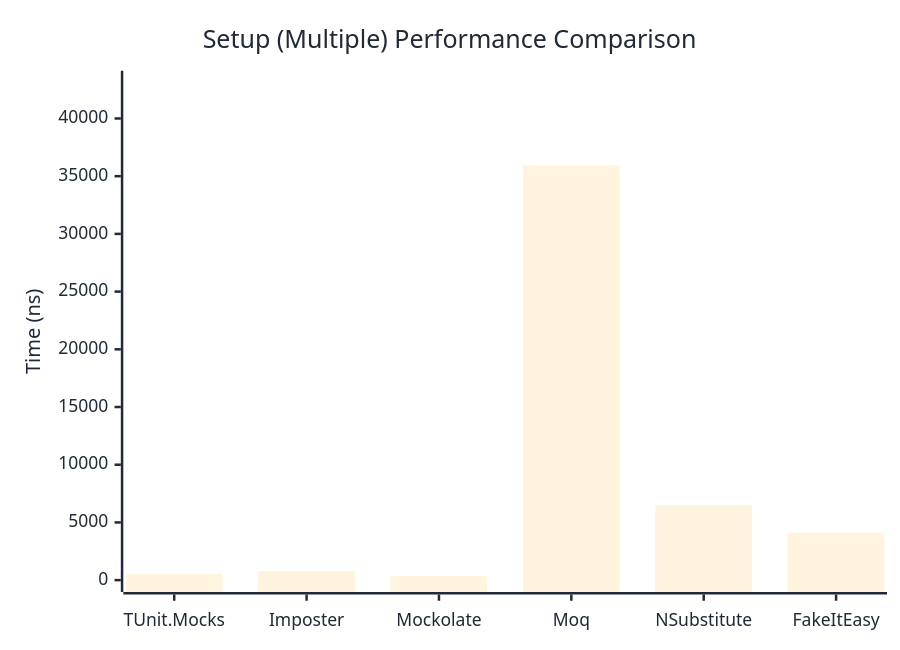
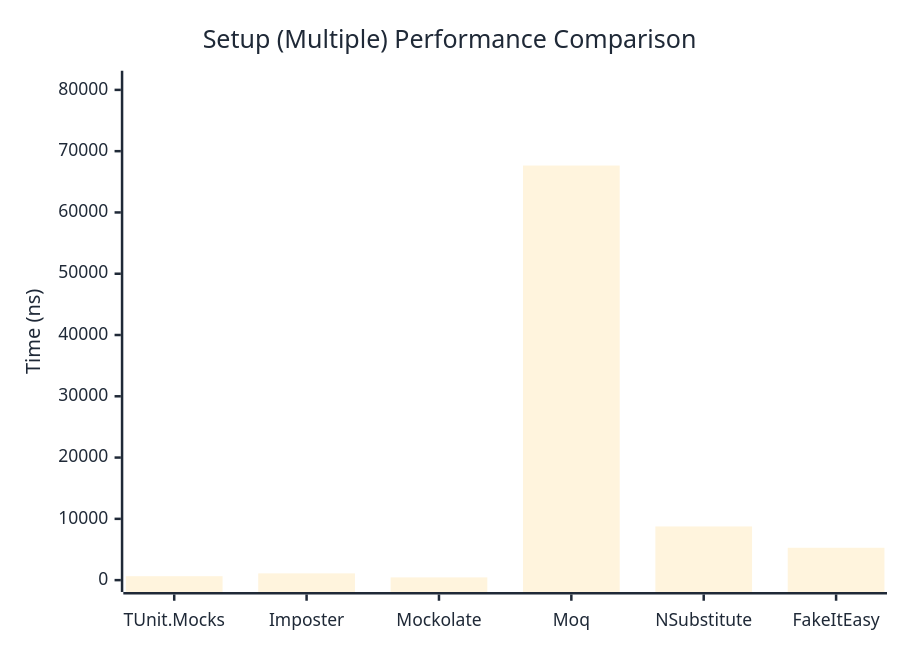
Before and after one commit to thomhurst/TUnit: the second of 2 diagrams in docs/docs/benchmarks/mocks/Setup.md, drawn with Mermaid. The commit also changed other lines of this file and 14 other files, not shown here.

````diff
--- a/docs/docs/benchmarks/mocks/Setup.md
+++ b/docs/docs/benchmarks/mocks/Setup.md
@@ -71,27 +71,27 @@
 ```mermaid
 %%{init: {
   'theme':'base',
   'themeVariables': {
     'primaryColor': '#2563eb',
     'primaryTextColor': '#1f2937',
     'primaryBorderColor': '#1e40af',
     'lineColor': '#6b7280',
     'secondaryColor': '#7c3aed',
     'tertiaryColor': '#dc2626',
     'background': '#ffffff',
     'pie1': '#2563eb',
     'pie2': '#7c3aed',
     'pie3': '#dc2626',
     'pie4': '#f59e0b',
     'pie5': '#10b981',
     'pie6': '#06b6d4',
     'pie7': '#ec4899',
     'pie8': '#6366f1'
   }
 }}%%
 xychart-beta
   title "Setup (Multiple) Performance Comparison"
   x-axis ["TUnit.Mocks", "Imposter", "Mockolate", "Moq", "NSubstitute", "FakeItEasy"]
-  y-axis "Time (ns)" 0 --> 43107
-  bar [525.9, 781.3, 338.6, 35921.7, 6486, 4115]
+  y-axis "Time (ns)" 0 --> 81185
+  bar [640.3, 1101.8, 446.7, 67653.7, 8761.9, 5281.2]
 ```
````
